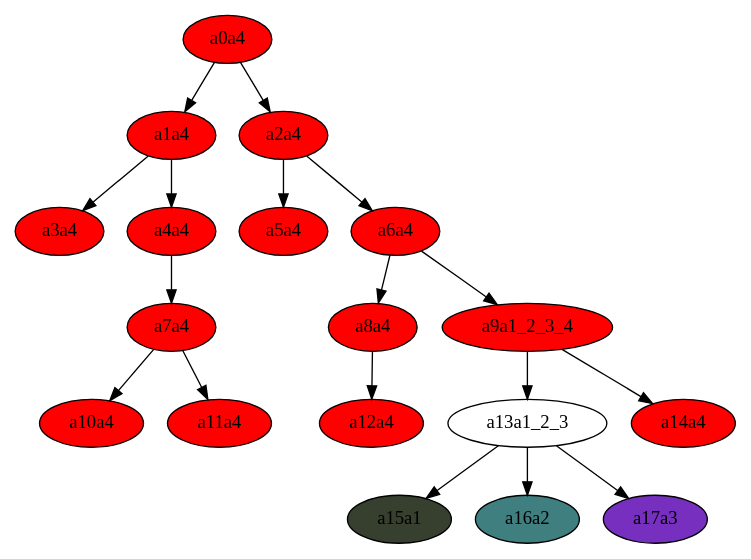
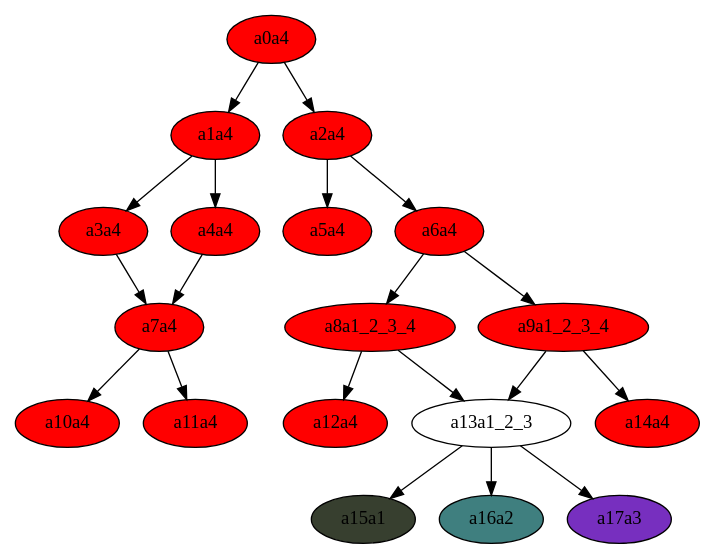
One commit to MenshovSergey/Fitch changed the diagram in fitch_step_1_cactus.dot. Above: the diagram before and after it, drawn with Graphviz. The commit also changed 5 other files, not shown here.

```diff
--- a/fitch_step_1_cactus.dot
+++ b/fitch_step_1_cactus.dot
@@ -1,36 +1,38 @@
 digraph fitch_step_1_cactus{
 a0a4 [style=filled,fillcolor="1.0 1.0 1.0"]
 a0a4->a1a4;
 a1a4 [style=filled,fillcolor="1.0 1.0 1.0"]
 a1a4->a3a4;
 a3a4 [style=filled,fillcolor="1.0 1.0 1.0"]
-a1a4->a4a4;
-a4a4 [style=filled,fillcolor="1.0 1.0 1.0"]
-a4a4->a7a4;
+a3a4->a7a4;
 a7a4 [style=filled,fillcolor="1.0 1.0 1.0"]
 a7a4->a10a4;
 a10a4 [style=filled,fillcolor="1.0 1.0 1.0"]
 a7a4->a11a4;
 a11a4 [style=filled,fillcolor="1.0 1.0 1.0"]
+a1a4->a4a4;
+a4a4 [style=filled,fillcolor="1.0 1.0 1.0"]
+a4a4->a7a4;
 a0a4->a2a4;
 a2a4 [style=filled,fillcolor="1.0 1.0 1.0"]
 a2a4->a5a4;
 a5a4 [style=filled,fillcolor="1.0 1.0 1.0"]
 a2a4->a6a4;
 a6a4 [style=filled,fillcolor="1.0 1.0 1.0"]
-a6a4->a8a4;
-a8a4 [style=filled,fillcolor="1.0 1.0 1.0"]
-a8a4->a12a4;
+a6a4->a8a1_2_3_4;
+a8a1_2_3_4 [style=filled,fillcolor="1.0 1.0 1.0"]
+a8a1_2_3_4->a12a4;
 a12a4 [style=filled,fillcolor="1.0 1.0 1.0"]
-a6a4->a9a1_2_3_4;
-a9a1_2_3_4 [style=filled,fillcolor="1.0 1.0 1.0"]
-a9a1_2_3_4->a13a1_2_3;
+a8a1_2_3_4->a13a1_2_3;
 a13a1_2_3->a15a1;
 a15a1 [style=filled,fillcolor="0.25 0.25 0.25"]
 a13a1_2_3->a16a2;
 a16a2 [style=filled,fillcolor="0.5 0.5 0.5"]
 a13a1_2_3->a17a3;
 a17a3 [style=filled,fillcolor="0.75 0.75 0.75"]
+a6a4->a9a1_2_3_4;
+a9a1_2_3_4 [style=filled,fillcolor="1.0 1.0 1.0"]
+a9a1_2_3_4->a13a1_2_3;
 a9a1_2_3_4->a14a4;
 a14a4 [style=filled,fillcolor="1.0 1.0 1.0"]
 }
```
